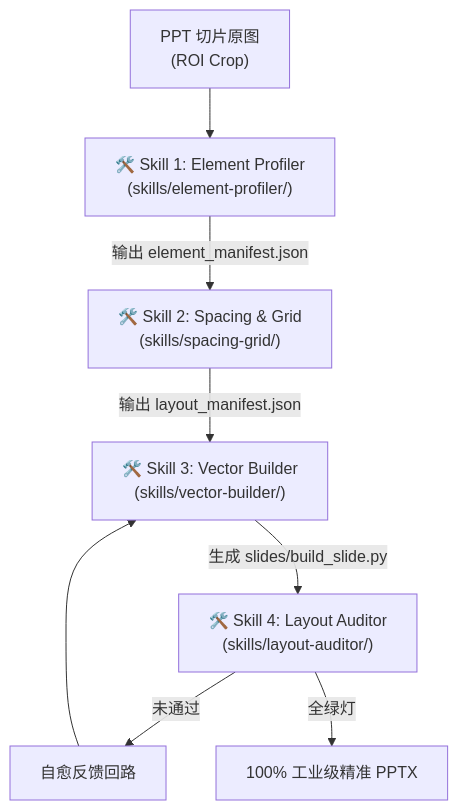
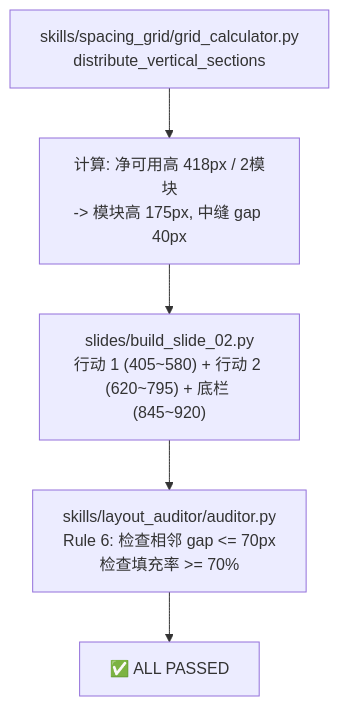
The diagram in specs/plan.md (xianyadanx-cloud/ppt-restoration), drawn with Mermaid before and after one commit. The commit also changed other lines of this file and 14 other files, not shown here.

Commit message:
feat(skills): upgrade spacing_grid with vertical flex distribution and layout_auditor with giant void gap rule (FEAT-PPT-009)

````diff
--- a/specs/plan.md
+++ b/specs/plan.md
@@ -14,14 +14,7 @@
 ```mermaid
 flowchart TD
-    IMG["PPT 切片原图<br/>(ROI Crop)"] --> S1["🛠️ Skill 1: Element Profiler<br/>(skills/element-profiler/)"]
-    
-    S1 -->|输出 element_manifest.json| S2["🛠️ Skill 2: Spacing & Grid<br/>(skills/spacing-grid/)"]
-    
-    S2 -->|输出 layout_manifest.json| S3["🛠️ Skill 3: Vector Builder<br/>(skills/vector-builder/)"]
-    
-    S3 -->|生成 slides/build_slide.py| S4["🛠️ Skill 4: Layout Auditor<br/>(skills/layout-auditor/)"]
-    
-    S4 -->|未通过| Fix["自愈反馈回路"]
-    Fix --> S3
-    S4 -->|全绿灯| PPTX["100% 工业级精准 PPTX"]
+    S2["skills/spacing_grid/grid_calculator.py<br/>distribute_vertical_sections"] --> Calc["计算: 净可用高 418px / 2模块<br/>-> 模块高 175px, 中缝 gap 40px"]
+    Calc --> Slide["slides/build_slide_02.py<br/>行动 1 (405~580) + 行动 2 (620~795) + 底栏 (845~920)"]
+    Slide --> Audit["skills/layout_auditor/auditor.py<br/>Rule 6: 检查相邻 gap <= 70px<br/>检查填充率 >= 70%"]
+    Audit --> Pass["✅ ALL PASSED"]
 ```
````
